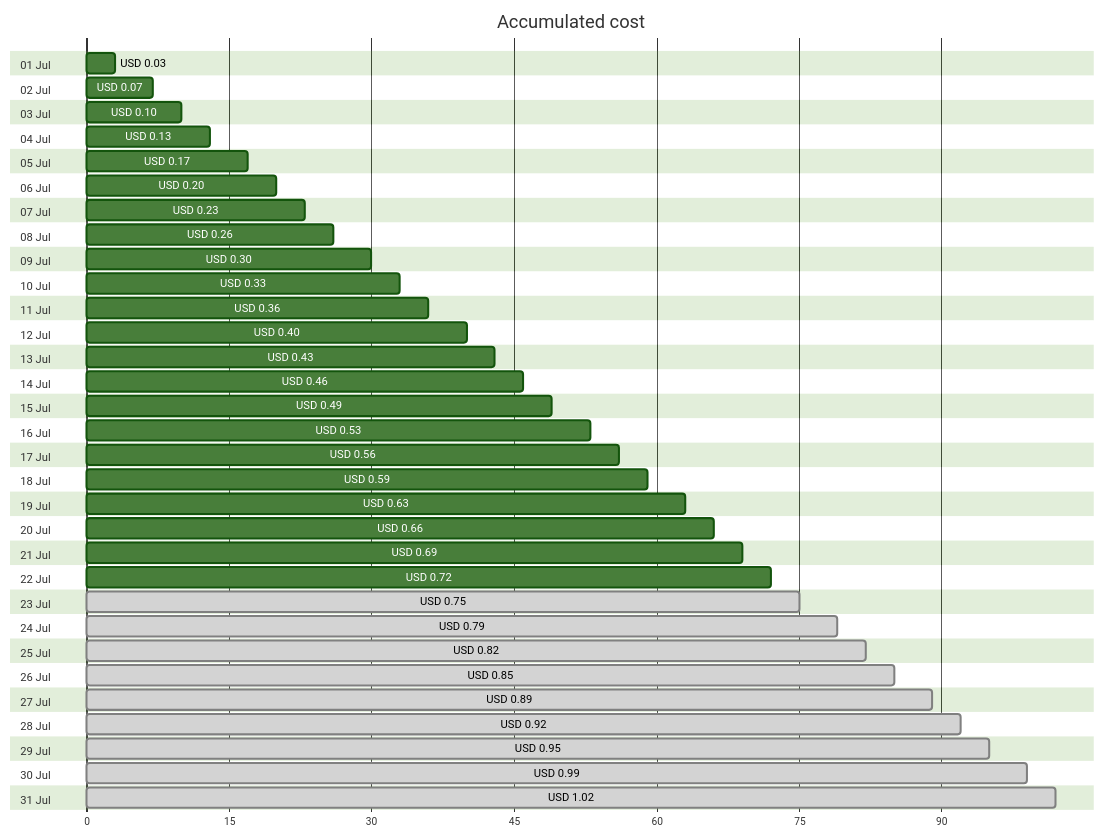
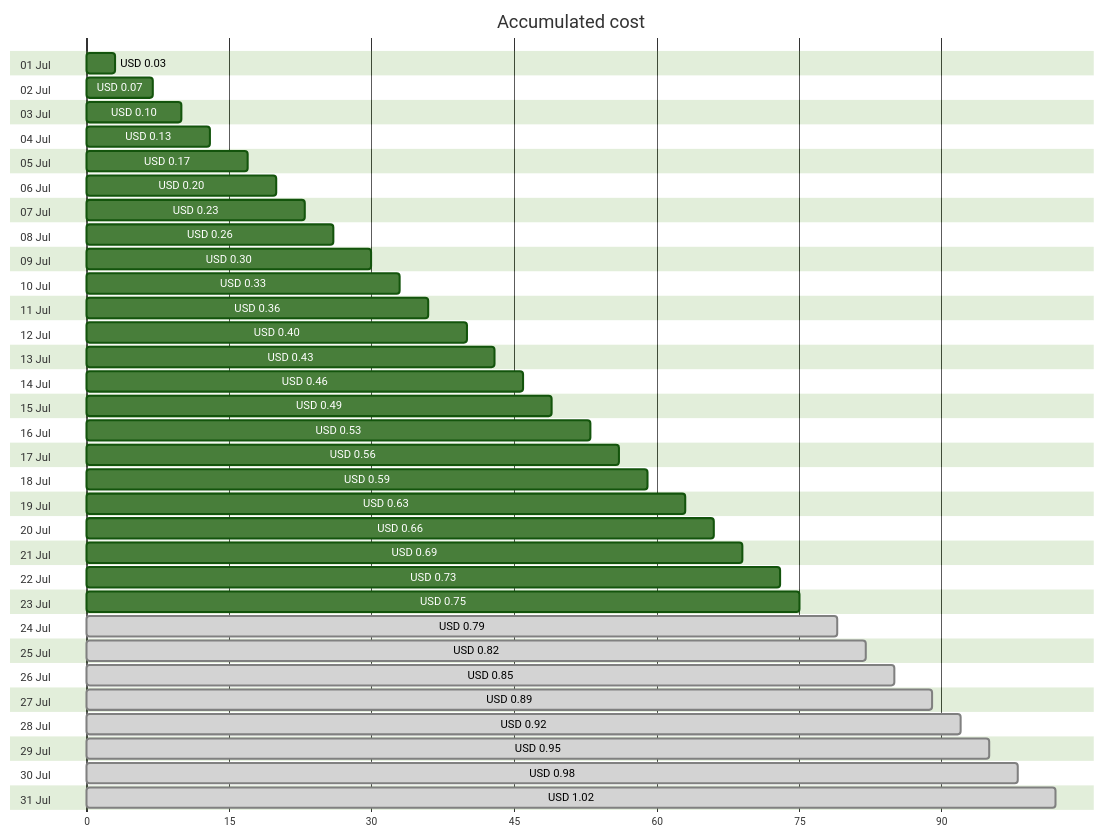
The first of 4 diagrams in cost-reports/personal-dns/README.md (jpfulton/azure-personal-reports), drawn with Mermaid (forest theme) before and after one commit. The commit also changed other lines of this file and 2 other files, not shown here.

````diff
--- a/cost-reports/personal-dns/README.md
+++ b/cost-reports/personal-dns/README.md
@@ -20,68 +20,68 @@
 ```mermaid
 gantt
    title Accumulated cost
    dateFormat  X
    axisFormat %s
    section 01 Jul
    USD 0.03 :0, 3
    section 02 Jul
    USD 0.07 :0, 7
    section 03 Jul
    USD 0.10 :0, 10
    section 04 Jul
    USD 0.13 :0, 13
    section 05 Jul
    USD 0.17 :0, 17
    section 06 Jul
    USD 0.20 :0, 20
    section 07 Jul
    USD 0.23 :0, 23
    section 08 Jul
    USD 0.26 :0, 26
    section 09 Jul
    USD 0.30 :0, 30
    section 10 Jul
    USD 0.33 :0, 33
    section 11 Jul
    USD 0.36 :0, 36
    section 12 Jul
    USD 0.40 :0, 40
    section 13 Jul
    USD 0.43 :0, 43
    section 14 Jul
    USD 0.46 :0, 46
    section 15 Jul
    USD 0.49 :0, 49
    section 16 Jul
    USD 0.53 :0, 53
    section 17 Jul
    USD 0.56 :0, 56
    section 18 Jul
    USD 0.59 :0, 59
    section 19 Jul
    USD 0.63 :0, 63
    section 20 Jul
    USD 0.66 :0, 66
    section 21 Jul
    USD 0.69 :0, 69
    section 22 Jul
-   USD 0.72 :0, 72
+   USD 0.73 :0, 73
    section 23 Jul
-   USD 0.75 : done, 0, 75
+   USD 0.75 :0, 75
    section 24 Jul
    USD 0.79 : done, 0, 79
    section 25 Jul
    USD 0.82 : done, 0, 82
    section 26 Jul
    USD 0.85 : done, 0, 85
    section 27 Jul
    USD 0.89 : done, 0, 89
    section 28 Jul
    USD 0.92 : done, 0, 92
    section 29 Jul
    USD 0.95 : done, 0, 95
    section 30 Jul
-   USD 0.99 : done, 0, 99
+   USD 0.98 : done, 0, 98
    section 31 Jul
    USD 1.02 : done, 0, 102
 ```
````
